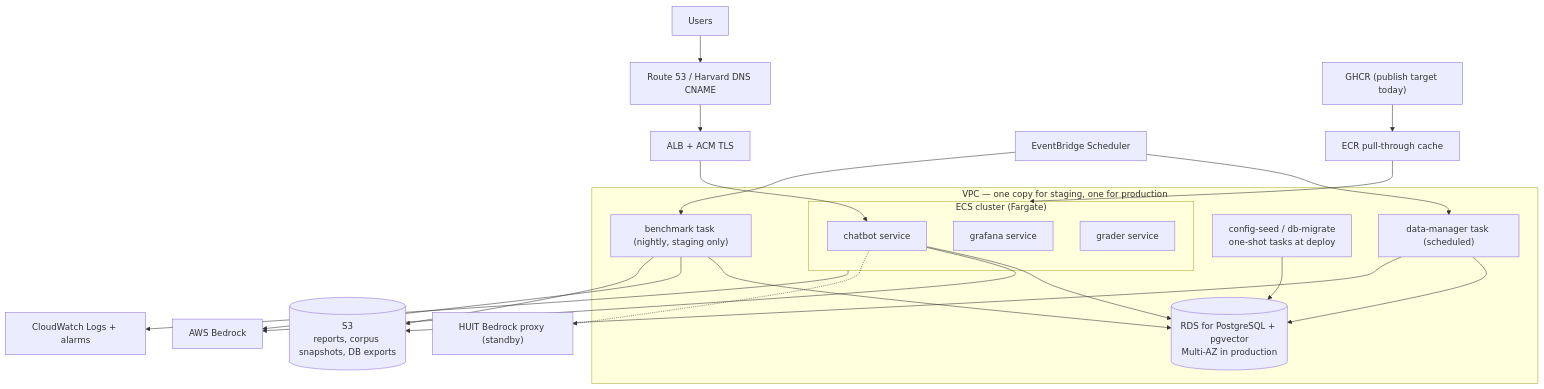
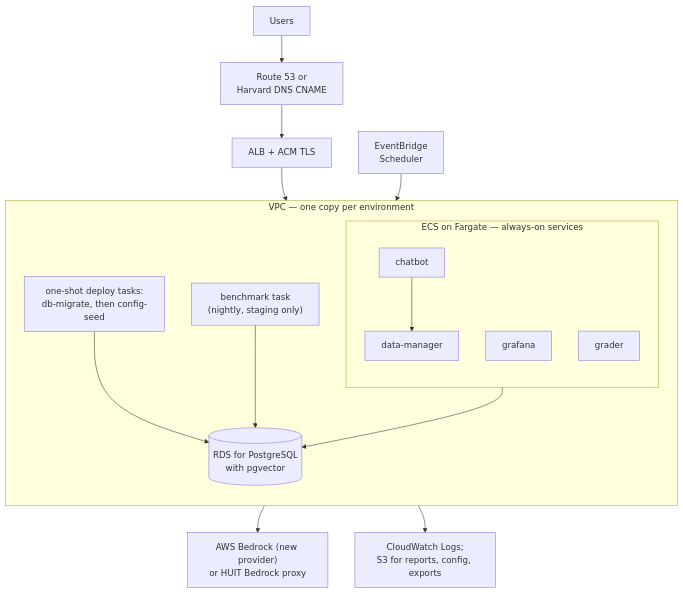
One commit to fasrc/archi changed the second of 3 diagrams in docs/docs/proposals/aws-migration-plan.md. Above: the diagram before and after it, drawn with Mermaid. The commit also changed other lines of this file, not shown here.

Commit message:
docs: apply review findings and edit requests to the aws plan

````diff
--- a/docs/docs/proposals/aws-migration-plan.md
+++ b/docs/docs/proposals/aws-migration-plan.md
@@ -208,31 +251,26 @@
 ```mermaid
 flowchart TB
-    users["Users"] --> dns["Route 53 / Harvard DNS CNAME"] --> alb["ALB + ACM TLS"]
-    subgraph vpc["VPC — one copy for staging, one for production"]
-        subgraph ecs["ECS cluster (Fargate)"]
-            chat["chatbot service"]
-            graf["grafana service"]
-            grader["grader service"]
+    users["Users"] --> dns["Route 53 or<br/>Harvard DNS CNAME"]
+    dns --> alb["ALB + ACM TLS"]
+    subgraph vpc["VPC — one copy per environment"]
+        direction TB
+        subgraph ecs["ECS on Fargate — always-on services"]
+            direction TB
+            chat["chatbot"]
+            dm["data-manager"]
+            graf["grafana"]
+            grader["grader"]
         end
-        rds[("RDS for PostgreSQL + pgvector<br/>Multi-AZ in production")]
-        ingest["data-manager task (scheduled)"]
-        bench["benchmark task (nightly, staging only)"]
-        seed["config-seed / db-migrate<br/>one-shot tasks at deploy"]
+        deploy["one-shot deploy tasks:<br/>db-migrate, then config-seed"]
+        bench["benchmark task<br/>(nightly, staging only)"]
+        rds[("RDS for PostgreSQL<br/>with pgvector")]
     end
     alb --> chat
-    evb["EventBridge Scheduler"] --> ingest
-    evb --> bench
-    chat --> rds
-    ingest --> rds
+    chat --> dm
+    ecs --> rds
+    deploy --> rds
+    evb["EventBridge<br/>Scheduler"] --> bench
     bench --> rds
-    seed --> rds
-    chat --> bedrock["AWS Bedrock"]
-    chat -.-> huit["HUIT Bedrock proxy (standby)"]
-    bench --> bedrock
-    s3[("S3<br/>reports, corpus snapshots, DB exports")]
-    bench --> s3
-    ingest --> s3
-    ecs --> cw["CloudWatch Logs + alarms"]
-    ecr["ECR pull-through cache"] --> ecs
-    ghcr["GHCR (publish target today)"] --> ecr
+    ecs --> llm["AWS Bedrock (new provider)<br/>or HUIT Bedrock proxy"]
+    ecs --> obs["CloudWatch Logs;<br/>S3 for reports, config, exports"]
 ```
````
